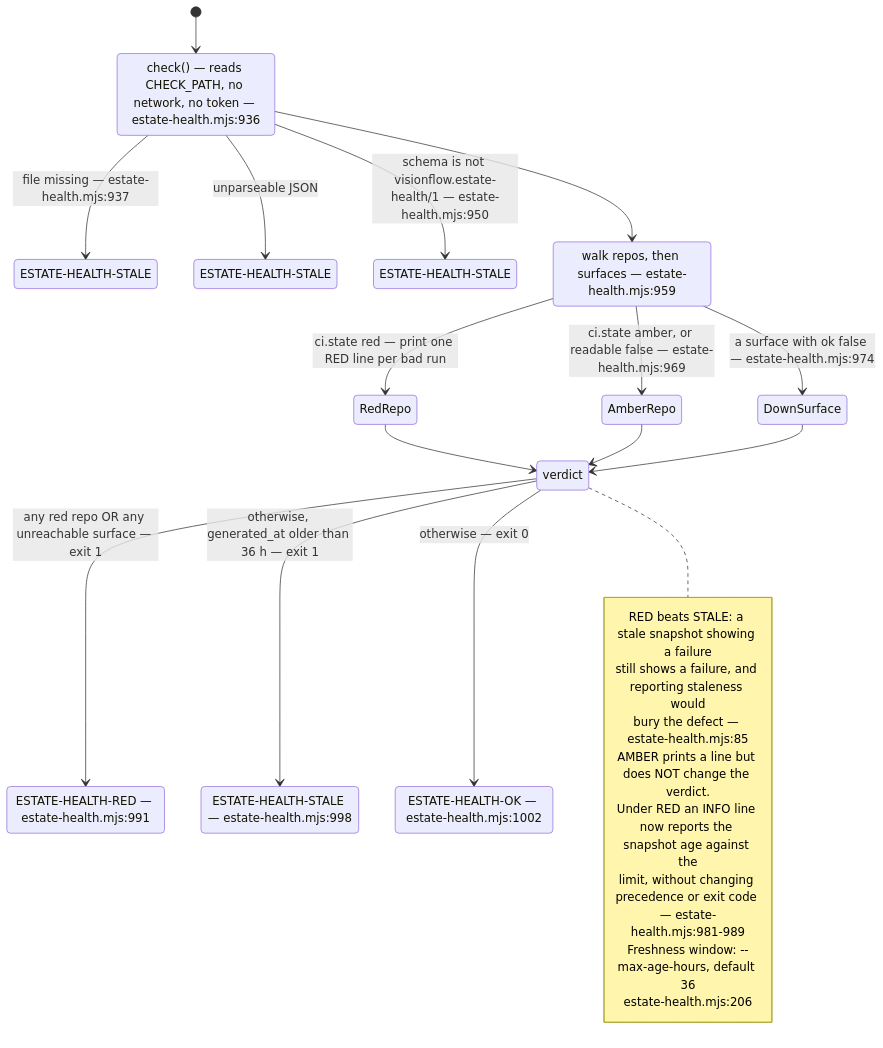
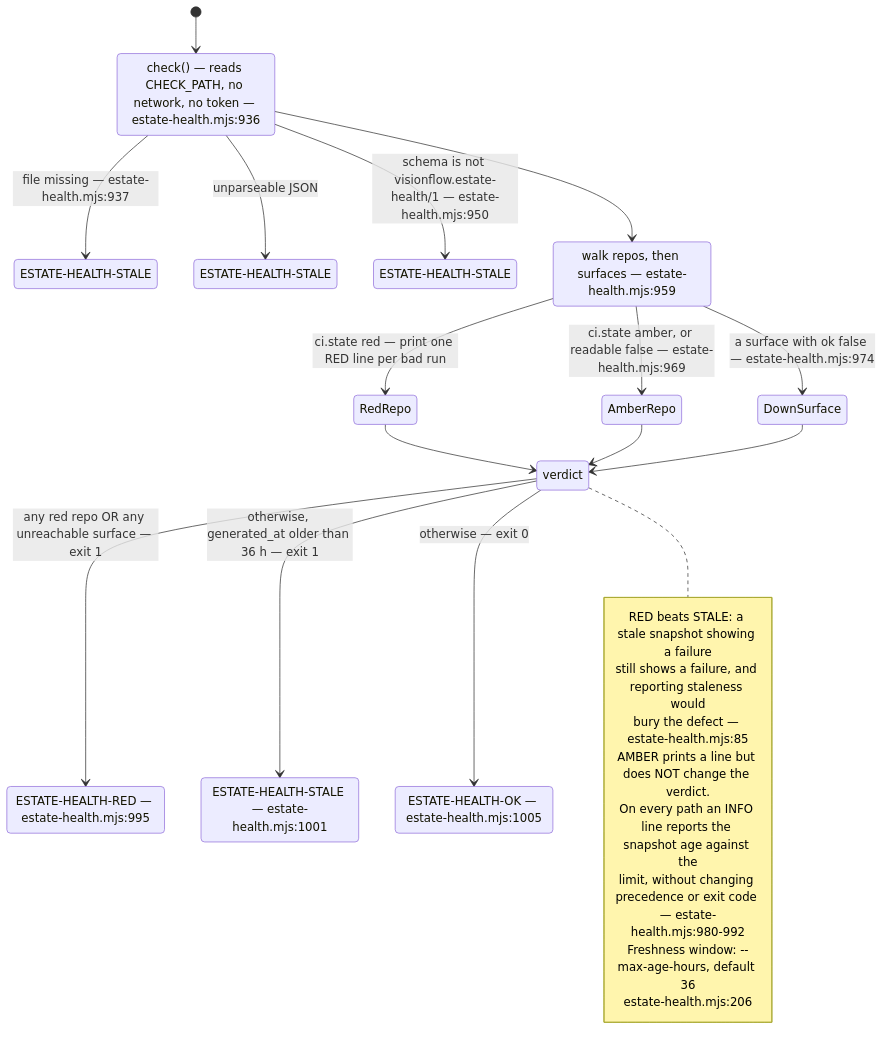
One commit to DreamLab-AI/VisionFlow changed the sixth of 9 diagrams in docs/diagrams/visionflow/03-estate-health.md. Above: the diagram before and after it, drawn with Mermaid. The commit also changed other lines of this file and 1 other file, not shown here.

First line of the commit message:
docs(diagrams): VF-03.5/.11 snapshot figures and estate-health citations re-verified (17 repos, 9 green, 3 red)

````diff
--- a/docs/diagrams/visionflow/03-estate-health.md
+++ b/docs/diagrams/visionflow/03-estate-health.md
@@ -190,37 +190,37 @@
 ```mermaid
 stateDiagram-v2
     direction TB
     [*] --> Load
     state "check() — reads CHECK_PATH, no network, no token — estate-health.mjs:936" as Load
     Load --> Stale1 : file missing — estate-health.mjs:937
     Load --> Stale2 : unparseable JSON
     Load --> Stale3 : schema is not visionflow.estate-health/1 — estate-health.mjs:950
     Load --> Scan
     state "walk repos, then surfaces — estate-health.mjs:959" as Scan
     Scan --> RedRepo : ci.state red — print one RED line per bad run
     Scan --> AmberRepo : ci.state amber, or readable false — estate-health.mjs:969
     Scan --> DownSurface : a surface with ok false — estate-health.mjs:974
     RedRepo --> Verdict
     AmberRepo --> Verdict
     DownSurface --> Verdict
     state "verdict" as Verdict
     Verdict --> RED : any red repo OR any unreachable surface — exit 1
     Verdict --> STALE : otherwise, generated_at older than 36 h — exit 1
     Verdict --> OK : otherwise — exit 0
-    state "ESTATE-HEALTH-RED — estate-health.mjs:991" as RED
-    state "ESTATE-HEALTH-STALE — estate-health.mjs:998" as STALE
-    state "ESTATE-HEALTH-OK — estate-health.mjs:1002" as OK
+    state "ESTATE-HEALTH-RED — estate-health.mjs:995" as RED
+    state "ESTATE-HEALTH-STALE — estate-health.mjs:1001" as STALE
+    state "ESTATE-HEALTH-OK — estate-health.mjs:1005" as OK
     state "ESTATE-HEALTH-STALE" as Stale1
     state "ESTATE-HEALTH-STALE" as Stale2
     state "ESTATE-HEALTH-STALE" as Stale3
     note right of Verdict
       RED beats STALE: a stale snapshot showing a failure
       still shows a failure, and reporting staleness would
       bury the defect — estate-health.mjs:85
       AMBER prints a line but does NOT change the verdict.
-      Under RED an INFO line now reports the snapshot age against the
-      limit, without changing precedence or exit code — estate-health.mjs:981-989
+      On every path an INFO line reports the snapshot age against the
+      limit, without changing precedence or exit code — estate-health.mjs:980-992
       Freshness window: --max-age-hours, default 36
       estate-health.mjs:206
     end note
 ```
````
